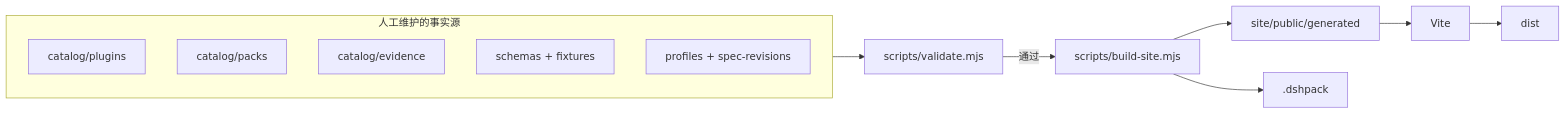
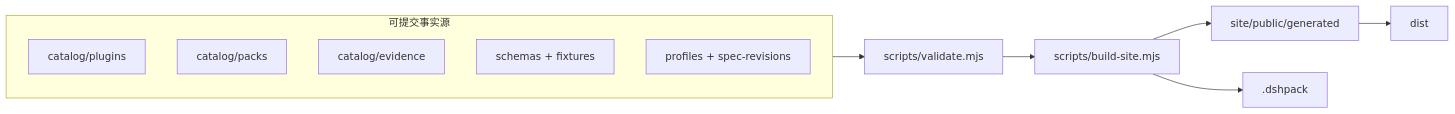
The second of 3 diagrams in docs/architecture.md (lanyun077/dsh-mojobox), drawn with Mermaid before and after one commit. The commit also changed other lines of this file and 29 other files, not shown here.

````diff
--- a/docs/architecture.md
+++ b/docs/architecture.md
@@ -61,17 +60,15 @@
 ```mermaid
 flowchart LR
-  subgraph Sources[人工维护的事实源]
-    P1[catalog/plugins]
-    P2[catalog/packs]
-    P3[catalog/evidence]
+  subgraph Sources[可提交事实源]
+    P[catalog/plugins]
+    K[catalog/packs]
+    E[catalog/evidence]
     S[schemas + fixtures]
     R[profiles + spec-revisions]
   end
-
   Sources --> V[scripts/validate.mjs]
-  V -->|通过| B[scripts/build-site.mjs]
+  V --> B[scripts/build-site.mjs]
   B --> G[site/public/generated]
-  G --> VT[Vite]
-  VT --> D[dist]
+  G --> D[dist]
   B --> Z[.dshpack]
 ```
````
